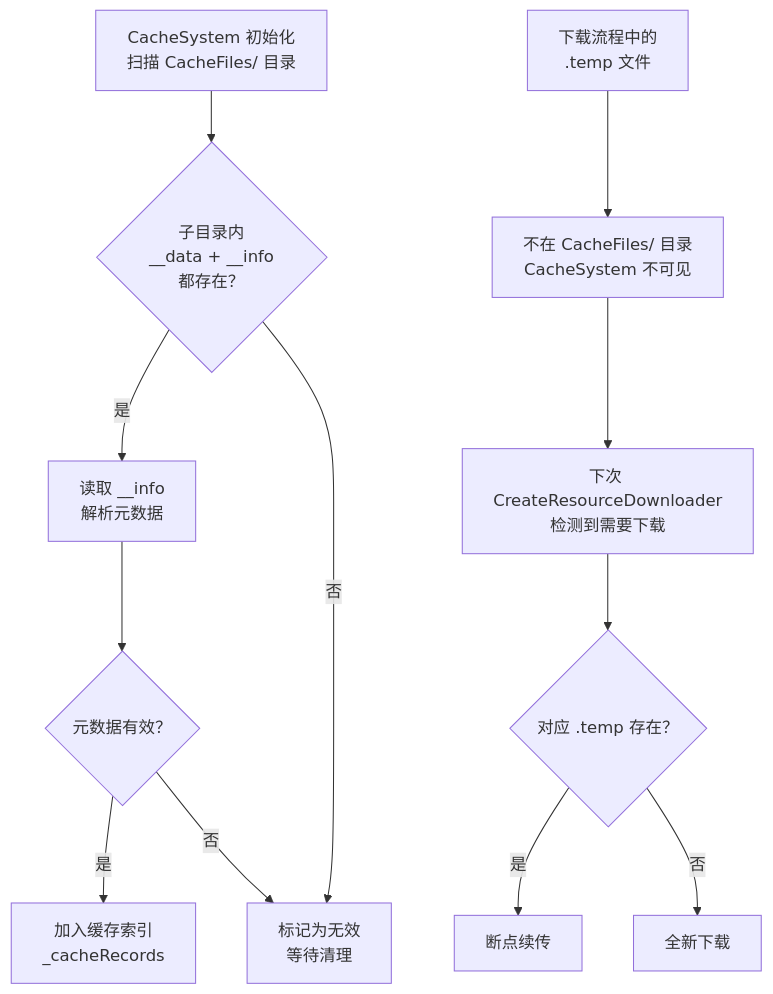
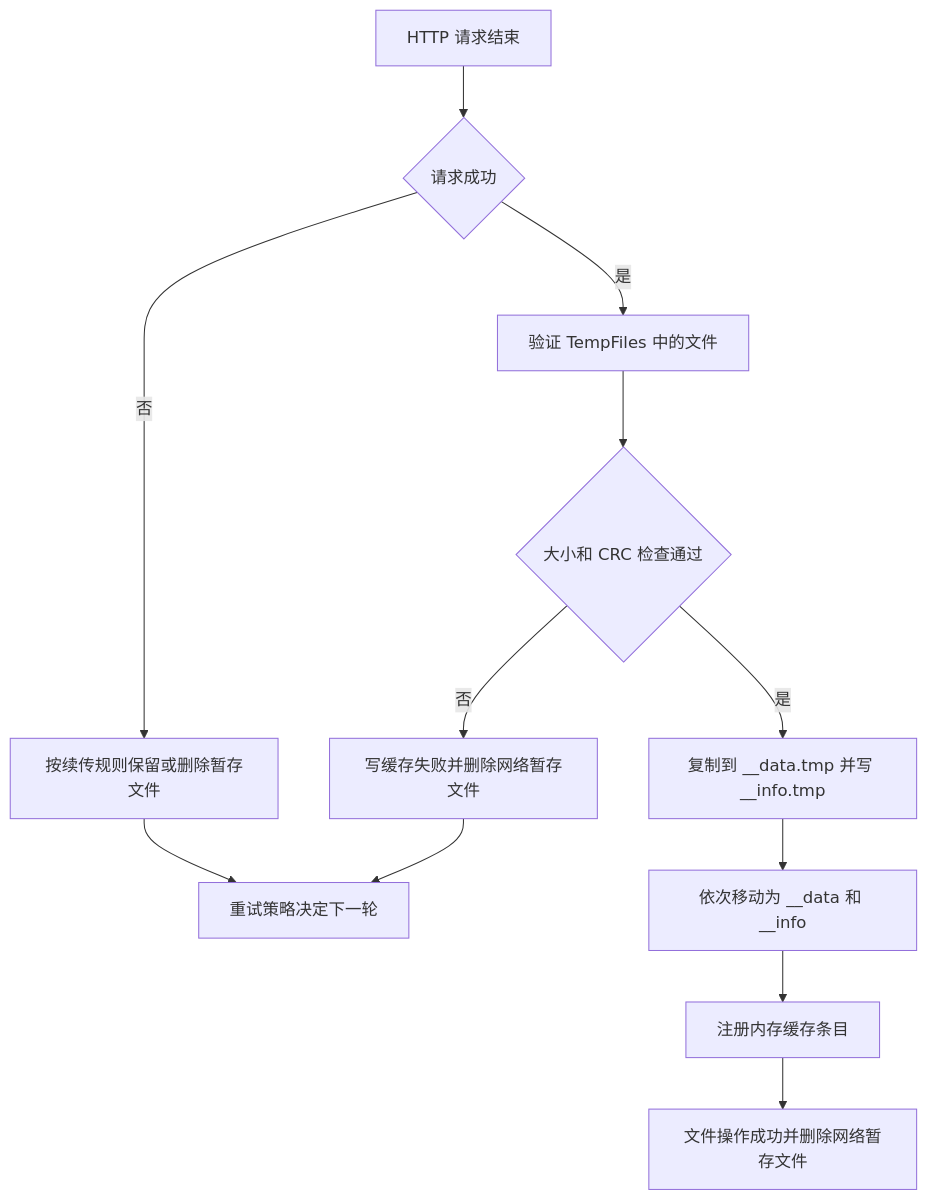
The second of 2 diagrams in content/engine-toolchain/unity-yooasset-downloader-cache-system-resume-verify.md (TwoEggDu/twoegg-tech-stack), drawn with Mermaid before and after one commit. The commit also changed other lines of this file and 27 other files, not shown here.

````diff
--- a/content/engine-toolchain/unity-yooasset-downloader-cache-system-resume-verify.md
+++ b/content/engine-toolchain/unity-yooasset-downloader-cache-system-resume-verify.md
@@ -311,15 +147,14 @@
 ```mermaid
 flowchart TD
-    A["CacheSystem 初始化<br/>扫描 CacheFiles/ 目录"] --> B{"子目录内<br/>__data + __info<br/>都存在？"}
-    B -->|"是"| C["读取 __info<br/>解析元数据"]
-    C --> D{"元数据有效？"}
-    D -->|"是"| E["加入缓存索引<br/>_cacheRecords"]
-    D -->|"否"| F["标记为无效<br/>等待清理"]
-    B -->|"否"| F
-
-    G["下载流程中的<br/>.temp 文件"] --> H["不在 CacheFiles/ 目录<br/>CacheSystem 不可见"]
-    H --> I["下次 CreateResourceDownloader<br/>检测到需要下载"]
-    I --> J{"对应 .temp 存在？"}
-    J -->|"是"| K["断点续传"]
-    J -->|"否"| L["全新下载"]
+    A[HTTP 请求结束] --> B{请求成功}
+    B -->|否| C[按续传规则保留或删除暂存文件]
+    C --> D[重试策略决定下一轮]
+    B -->|是| E[验证 TempFiles 中的文件]
+    E --> F{大小和 CRC 检查通过}
+    F -->|否| G[写缓存失败并删除网络暂存文件]
+    G --> D
+    F -->|是| H[复制到 __data.tmp 并写 __info.tmp]
+    H --> I[依次移动为 __data 和 __info]
+    I --> J[注册内存缓存条目]
+    J --> K[文件操作成功并删除网络暂存文件]
 ```
````
